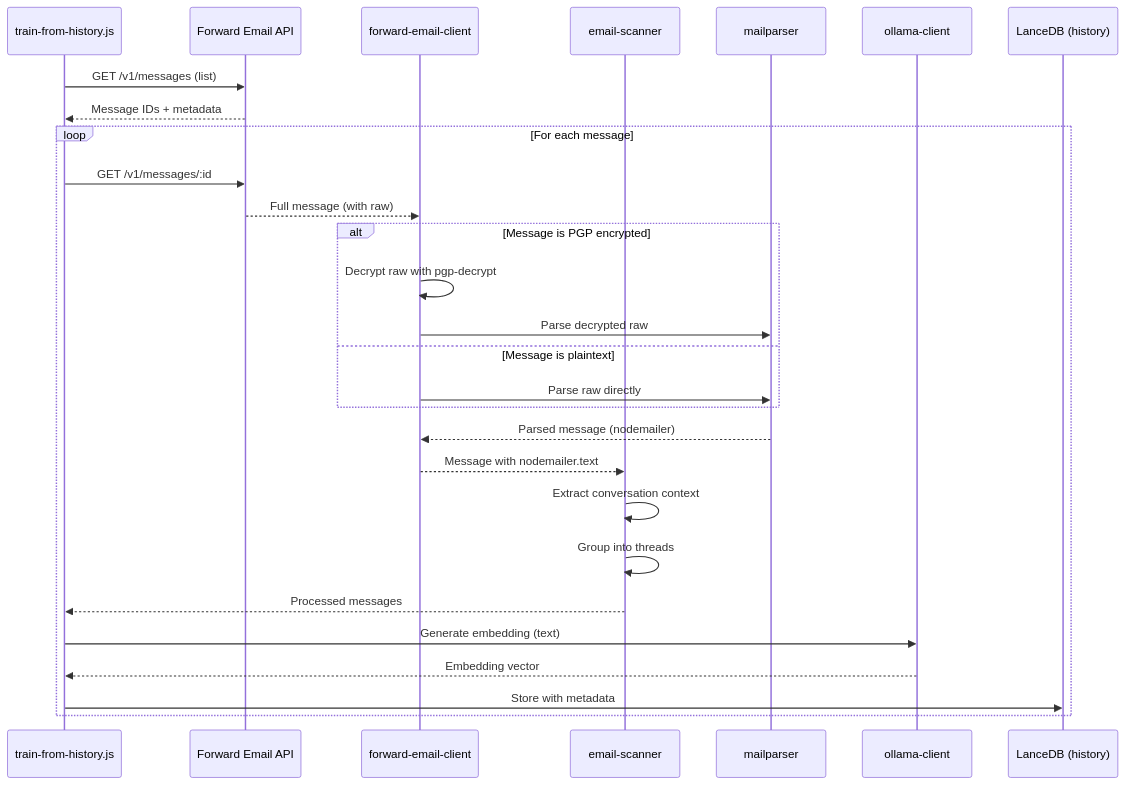
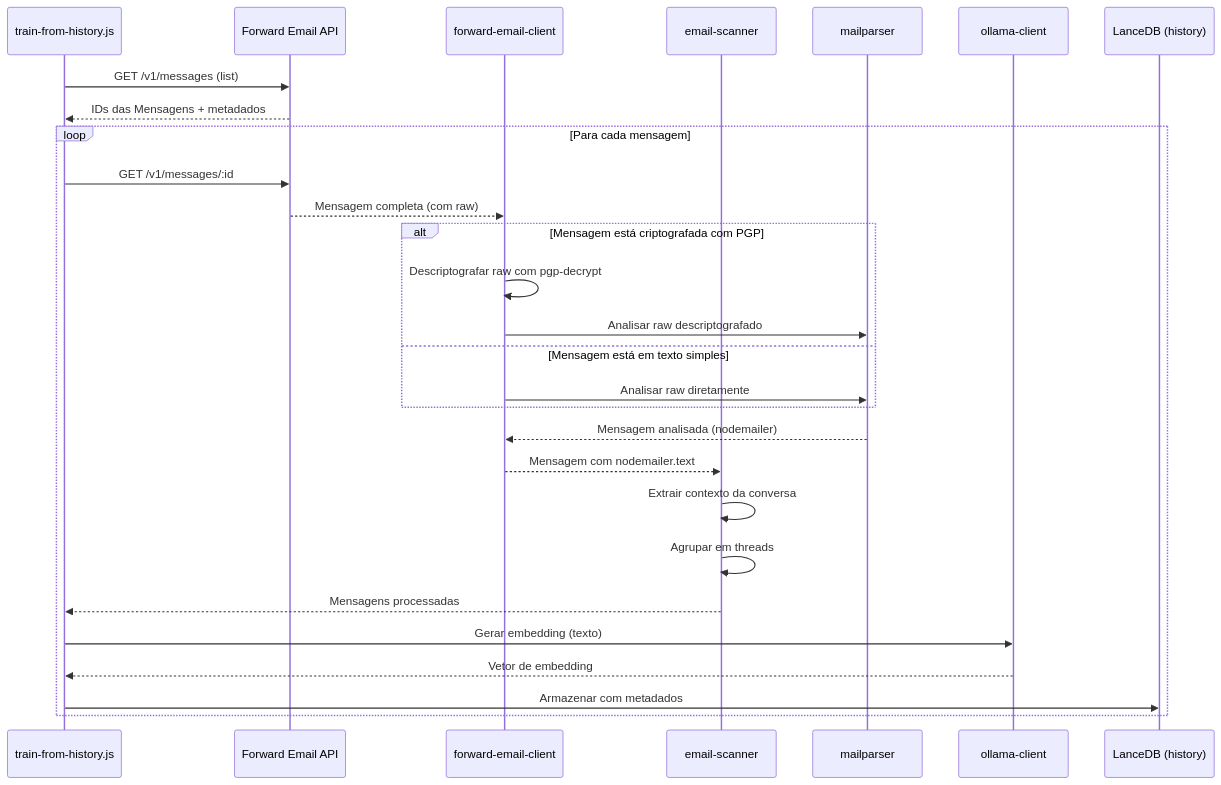
The third of 3 diagrams in app/views/docs/privacy-first-ai-customer-support-agent-lancedb-ollama-nodejs/index-pt.md (forwardemail/forwardemail.net), drawn with Mermaid before and after one commit. The commit also changed other lines of this file and 1055 other files, not shown here.

````diff
--- a/app/views/docs/privacy-first-ai-customer-support-agent-lancedb-ollama-nodejs/index-pt.md
+++ b/app/views/docs/privacy-first-ai-customer-support-agent-lancedb-ollama-nodejs/index-pt.md
@@ -502,35 +503,35 @@
 ```mermaid
 sequenceDiagram
     participant Job as train-from-history.js
     participant API as Forward Email API
     participant Client as forward-email-client
     participant Scanner as email-scanner
     participant Parser as mailparser
     participant Ollama as ollama-client
     participant DB as LanceDB (history)
 
     Job->>API: GET /v1/messages (list)
-    API-->>Job: Message IDs + metadata
+    API-->>Job: IDs das Mensagens + metadados
 
-    loop For each message
+    loop Para cada mensagem
         Job->>API: GET /v1/messages/:id
-        API-->>Client: Full message (with raw)
+        API-->>Client: Mensagem completa (com raw)
 
-        alt Message is PGP encrypted
-            Client->>Client: Decrypt raw with pgp-decrypt
-            Client->>Parser: Parse decrypted raw
-        else Message is plaintext
-            Client->>Parser: Parse raw directly
+        alt Mensagem está criptografada com PGP
+            Client->>Client: Descriptografar raw com pgp-decrypt
+            Client->>Parser: Analisar raw descriptografado
+        else Mensagem está em texto simples
+            Client->>Parser: Analisar raw diretamente
         end
 
-        Parser-->>Client: Parsed message (nodemailer)
-        Client-->>Scanner: Message with nodemailer.text
-        Scanner->>Scanner: Extract conversation context
-        Scanner->>Scanner: Group into threads
-        Scanner-->>Job: Processed messages
+        Parser-->>Client: Mensagem analisada (nodemailer)
+        Client-->>Scanner: Mensagem com nodemailer.text
+        Scanner->>Scanner: Extrair contexto da conversa
+        Scanner->>Scanner: Agrupar em threads
+        Scanner-->>Job: Mensagens processadas
 
-        Job->>Ollama: Generate embedding (text)
-        Ollama-->>Job: Embedding vector
-        Job->>DB: Store with metadata
+        Job->>Ollama: Gerar embedding (texto)
+        Ollama-->>Job: Vetor de embedding
+        Job->>DB: Armazenar com metadados
     end
 ```
````
